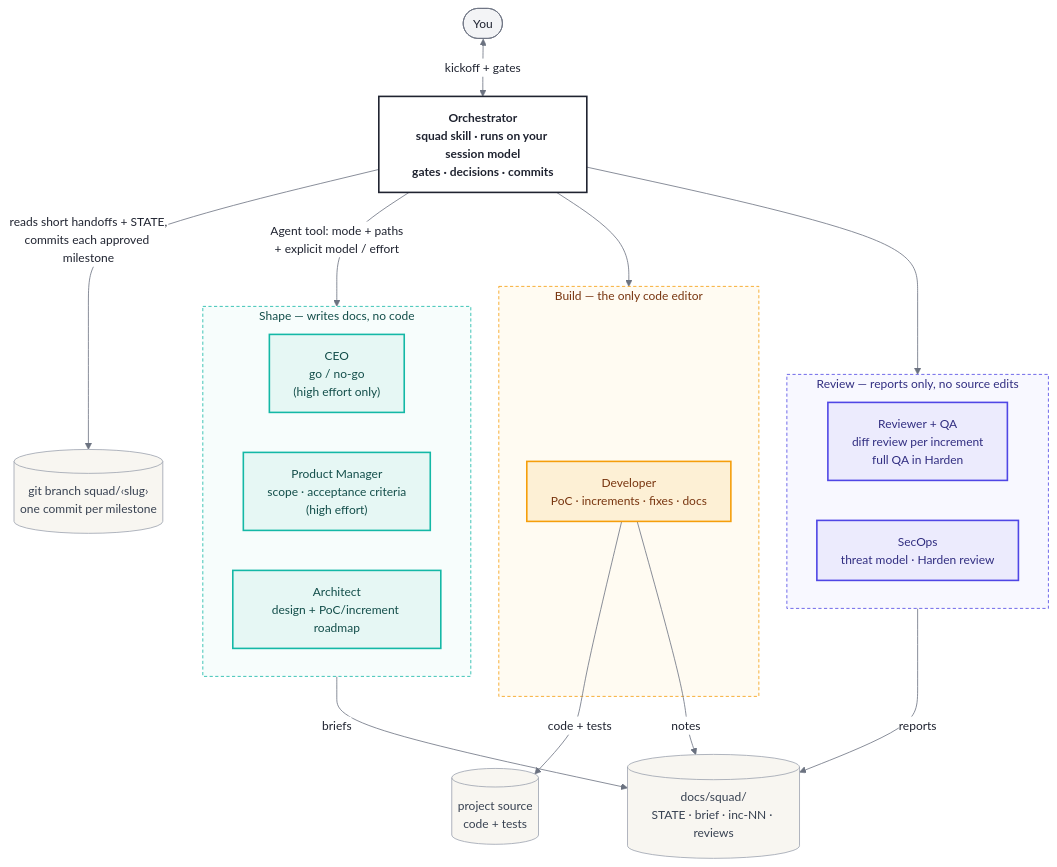
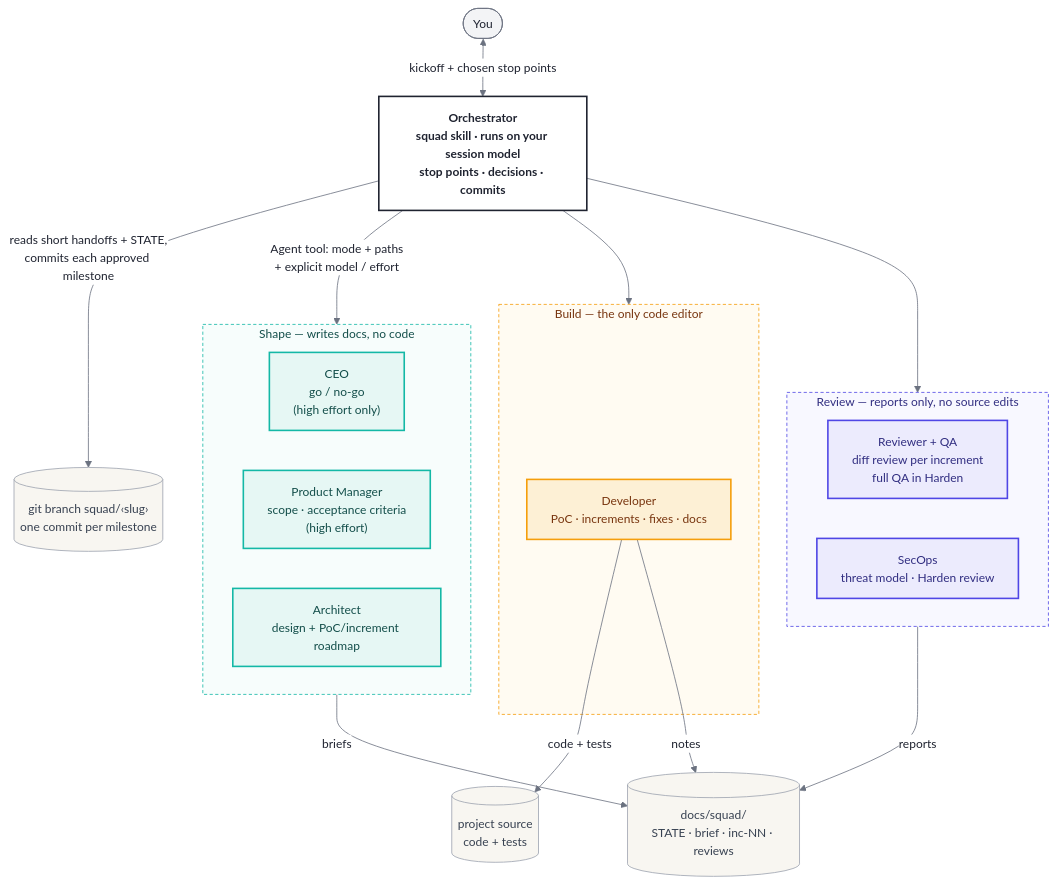
Before and after one commit to orhund8z/dotclaude: the second of 3 diagrams in plugins/squad/skills/squad/README.md, drawn with Mermaid. The commit also changed other lines of this file and 20 other files, not shown here.

First line of the commit message:
feat(squad): run through by default; stop points chosen at kickoff; park & resume (2.2.0)

````diff
--- a/plugins/squad/skills/squad/README.md
+++ b/plugins/squad/skills/squad/README.md
@@ -100,44 +115,44 @@
 ```mermaid
 %%{init: {'theme': 'base', 'themeVariables': {'fontFamily': 'Inter, Segoe UI, Helvetica, Arial, sans-serif', 'fontSize': '15px', 'primaryColor': '#ffffff', 'primaryBorderColor': '#9ca3af', 'primaryTextColor': '#1f2330', 'lineColor': '#6b7280', 'edgeLabelBackground': '#ffffff'}}}%%
 flowchart TB
     U([You]):::io
-    O["<b>Orchestrator</b><br/>squad skill · runs on your session model<br/>gates · decisions · commits"]:::gate
+    O["<b>Orchestrator</b><br/>squad skill · runs on your session model<br/>stop points · decisions · commits"]:::gate
 
     subgraph shapeTeam [Shape — writes docs, no code]
         direction LR
         CEO["CEO<br/>go / no-go<br/>(high effort only)"]:::shape
         PM["Product Manager<br/>scope · acceptance criteria<br/>(high effort)"]:::shape
         AR["Architect<br/>design + PoC/increment roadmap"]:::shape
     end
     subgraph buildTeam [Build — the only code editor]
         DEV["Developer<br/>PoC · increments · fixes · docs"]:::build
     end
     subgraph reviewTeam [Review — reports only, no source edits]
         direction LR
         REV["Reviewer + QA<br/>diff review per increment<br/>full QA in Harden"]:::review
         SEC["SecOps<br/>threat model · Harden review"]:::review
     end
 
     D[("docs/squad/<br/>STATE · brief · inc-NN · reviews")]:::store
     C[("project source<br/>code + tests")]:::store
     G[("git branch squad/‹slug›<br/>one commit per milestone")]:::store
 
-    U <-- "kickoff + gates" --> O
+    U <-- "kickoff + chosen stop points" --> O
     O -- "Agent tool: mode + paths<br/>+ explicit model / effort" --> shapeTeam
     O --> buildTeam
     O --> reviewTeam
     shapeTeam -- briefs --> D
     reviewTeam -- reports --> D
     DEV -- "code + tests" --> C
     DEV -- notes --> D
     O -- "reads short handoffs + STATE,<br/>commits each approved milestone" --> G
     classDef io fill:#f3f4f6,stroke:#6b7280,color:#1f2330
     classDef shape fill:#e6f7f4,stroke:#14b8a6,stroke-width:2px,color:#134e4a
     classDef build fill:#fdf0d5,stroke:#f59e0b,stroke-width:2px,color:#78350f
     classDef review fill:#ecebfd,stroke:#4f46e5,stroke-width:2px,color:#312e81
     classDef gate fill:#ffffff,stroke:#1f2330,stroke-width:2px,color:#1f2330,font-weight:bold
     classDef store fill:#f8f6f1,stroke:#9ca3af,color:#374151
     style shapeTeam fill:#f7fdfc,stroke:#14b8a6,stroke-dasharray:4 3,color:#134e4a
     style buildTeam fill:#fffbf2,stroke:#f59e0b,stroke-dasharray:4 3,color:#78350f
     style reviewTeam fill:#f8f8ff,stroke:#4f46e5,stroke-dasharray:4 3,color:#312e81
 ```
````
